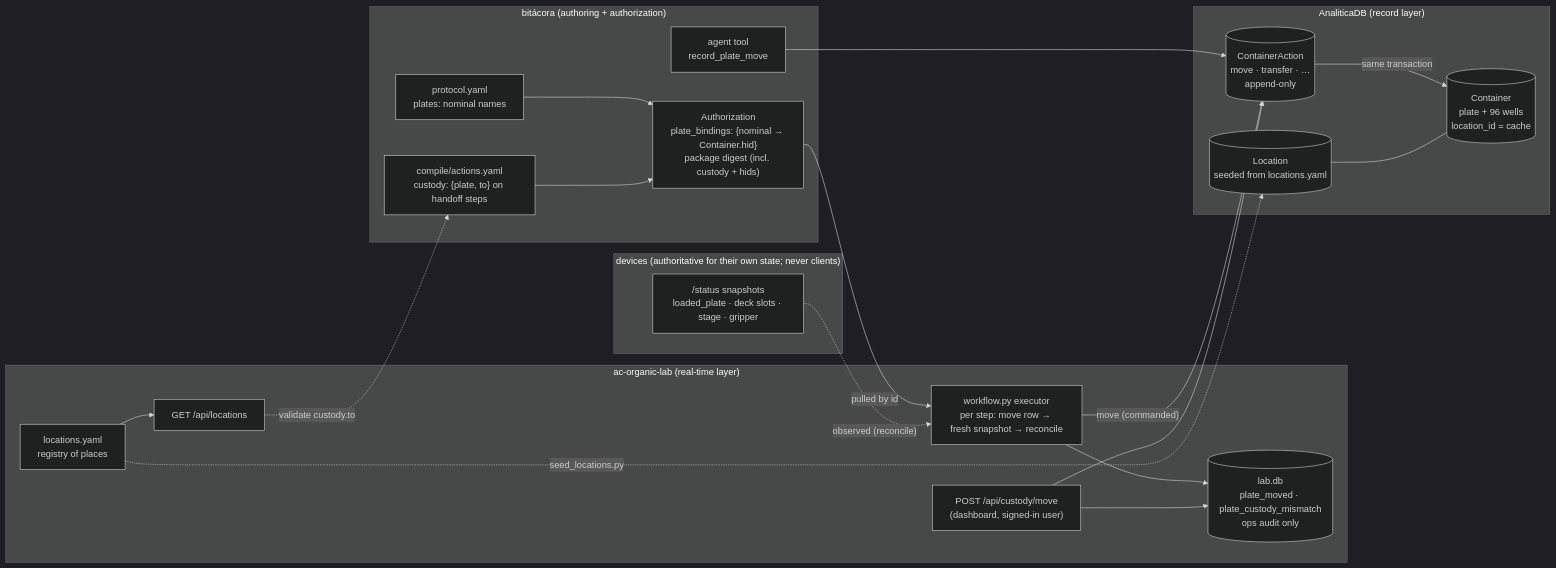
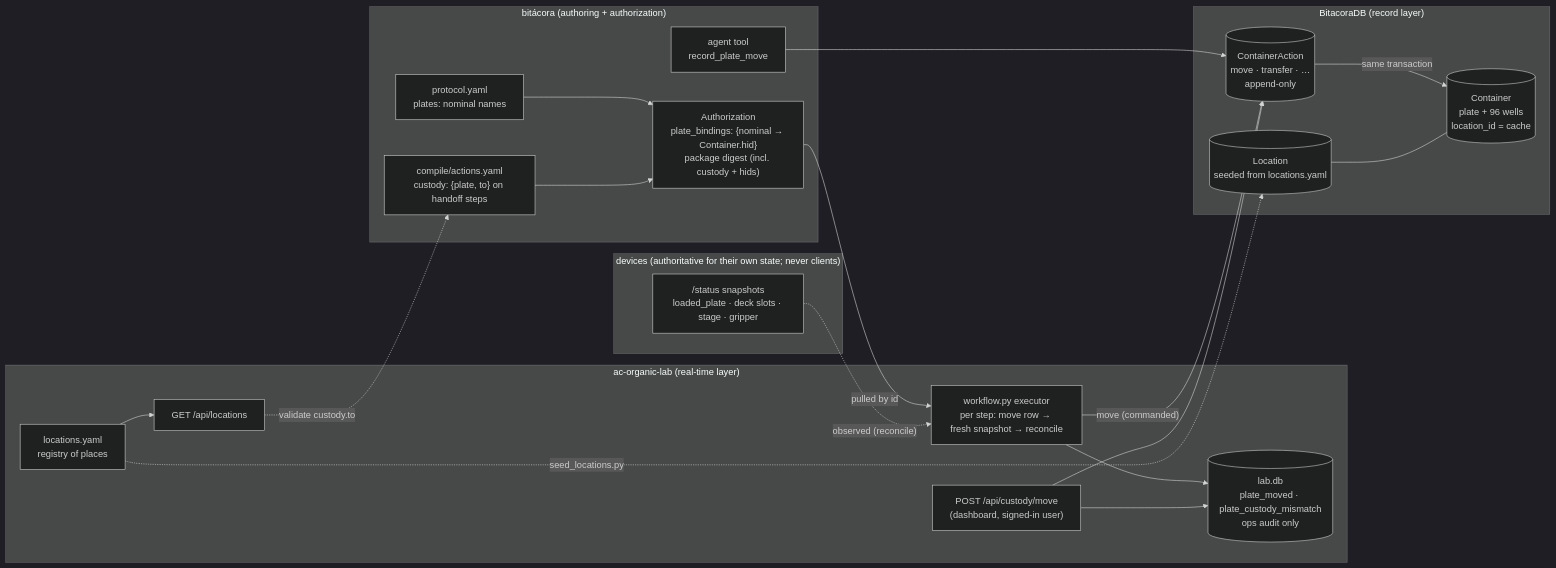
Before and after one commit to AccelerationConsortium/ac-organic-lab: the diagram in docs/PLATE_TRACKING.md, drawn with Mermaid (dark theme). The commit also changed other lines of this file and 37 other files, not shown here.

````diff
--- a/docs/PLATE_TRACKING.md
+++ b/docs/PLATE_TRACKING.md
@@ -352,42 +352,42 @@
 ```mermaid
 flowchart LR
   subgraph bitacora["bitácora (authoring + authorization)"]
     proto["protocol.yaml<br/>plates: nominal names"]
     actions["compile/actions.yaml<br/>custody: {plate, to} on handoff steps"]
     auth["Authorization<br/>plate_bindings: {nominal → Container.hid}<br/>package digest (incl. custody + hids)"]
     tool["agent tool<br/>record_plate_move"]
     proto --> auth
     actions --> auth
   end
 
   subgraph acol["ac-organic-lab (real-time layer)"]
     yaml["locations.yaml<br/>registry of places"]
     api["GET /api/locations"]
     exec["workflow.py executor<br/>per step: move row → fresh snapshot → reconcile"]
     door["POST /api/custody/move<br/>(dashboard, signed-in user)"]
     labdb[("lab.db<br/>plate_moved · plate_custody_mismatch<br/>ops audit only")]
     yaml --> api
     exec --> labdb
     door --> labdb
   end
 
-  subgraph adb["AnaliticaDB (record layer)"]
+  subgraph adb["BitacoraDB (record layer)"]
     loc[("Location<br/>seeded from locations.yaml")]
     cont[("Container<br/>plate + 96 wells<br/>location_id = cache")]
     ledger[("ContainerAction<br/>move · transfer · …<br/>append-only")]
     ledger -->|same transaction| cont
     loc --- cont
   end
 
   subgraph devices["devices (authoritative for their own state; never clients)"]
     dev["/status snapshots<br/>loaded_plate · deck slots · stage · gripper"]
   end
 
   auth -->|pulled by id| exec
   yaml -.->|seed_locations.py| loc
   exec -->|"move (commanded)"| ledger
   door --> ledger
   tool --> ledger
   dev -.->|"observed (reconcile)"| exec
   api -.->|validate custody.to| actions
 ```
````
